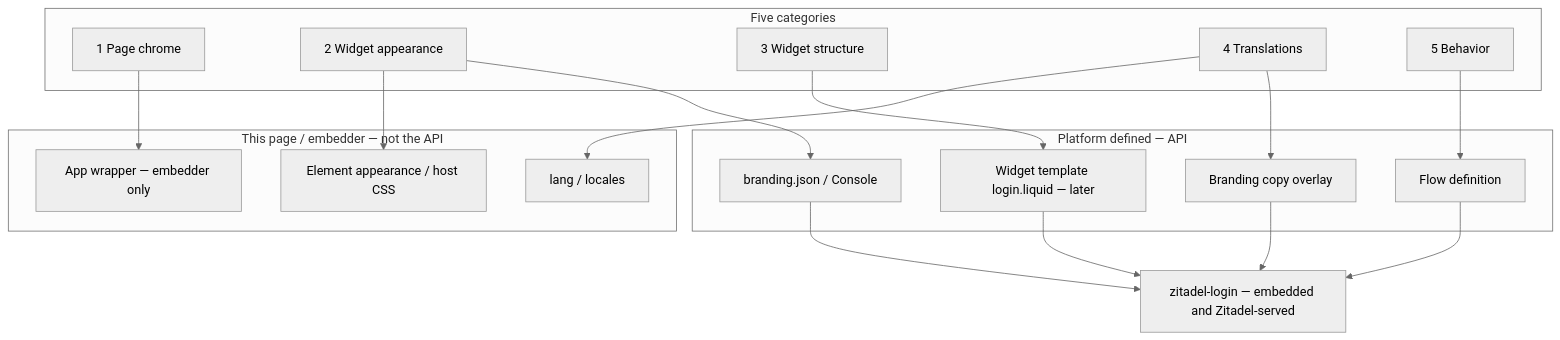
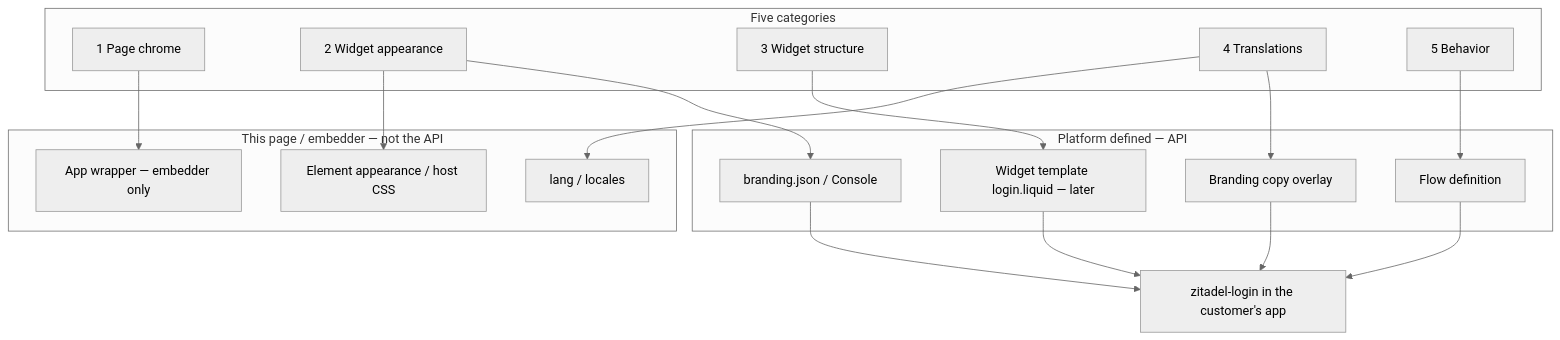
Before and after one commit to zitadel/nextgen: the second of 4 diagrams in docs/design/branding/customization-strategy.md, drawn with Mermaid (neutral theme). The commit also changed other lines of this file and 97 other files, not shown here.

````diff
--- a/docs/design/branding/customization-strategy.md
+++ b/docs/design/branding/customization-strategy.md
@@ -154,36 +145,36 @@
 ```mermaid
 flowchart TB
   subgraph cats [Five categories]
     C1[1 Page chrome]
     C2[2 Widget appearance]
     C3[3 Widget structure]
     C4[4 Translations]
     C5[5 Behavior]
   end
 
   subgraph local [This page / embedder — not the API]
     EmbWrap[App wrapper — embedder only]
     HostCSS["Element appearance / host CSS"]
     Locales["lang / locales"]
   end
 
   subgraph api [Platform defined — API]
     BrandJSON["branding.json / Console"]
     WidTpl[Widget template login.liquid — later]
     Copy[Branding copy overlay]
     Flow[Flow definition]
   end
 
   C1 --> EmbWrap
   C2 --> HostCSS
   C2 --> BrandJSON
   C3 --> WidTpl
   C4 --> Locales
   C4 --> Copy
   C5 --> Flow
 
-  BrandJSON --> Shared[zitadel-login — embedded and Zitadel-served]
+  BrandJSON --> Shared[zitadel-login in the customer's app]
   WidTpl --> Shared
   Copy --> Shared
   Flow --> Shared
 ```
````
